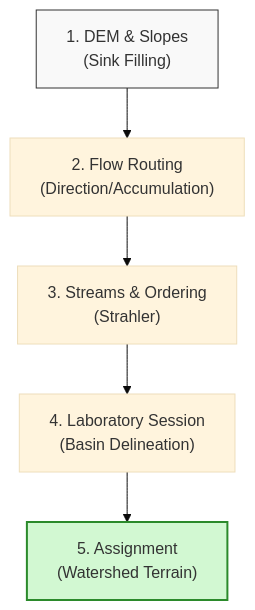
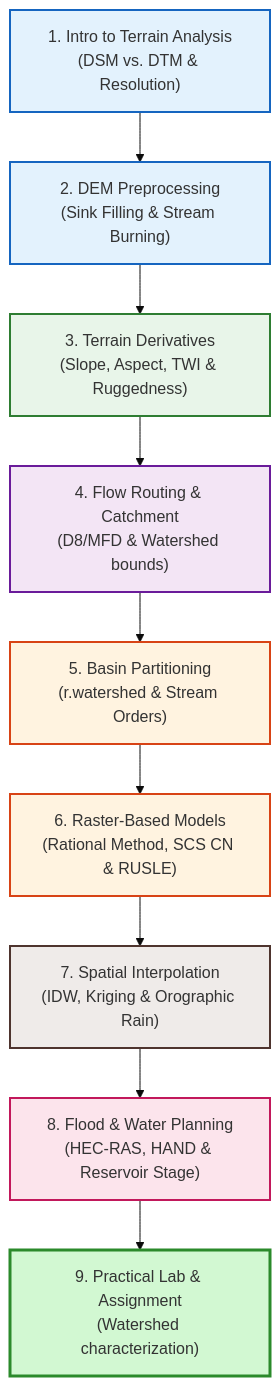
One commit to Rotten-Grapes-Pvt-Ltd/QGIS-WECS changed the diagram in docs/day4/index.md. Above: the diagram before and after it, drawn with Mermaid (base theme). The commit also changed other lines of this file and 12 other files, not shown here.

````diff
--- a/docs/day4/index.md
+++ b/docs/day4/index.md
@@ -26,10 +33,22 @@
 ```mermaid
 graph TD
-    A["1. DEM & Slopes<br/>(Sink Filling)"] --> B["2. Flow Routing<br/>(Direction/Accumulation)"]
-    B --> C["3. Streams & Ordering<br/>(Strahler)"]
-    C --> D["4. Laboratory Session<br/>(Basin Delineation)"]
-    D --> E["5. Assignment<br/>(Watershed Terrain)"]
-    
-    style A fill:#f9f9f9,stroke:#333
-    style E fill:#d2f8d2,stroke:#2b8a2b,stroke-width:2px
+    M1["1. Intro to Terrain Analysis<br/>(DSM vs. DTM & Resolution)"] --> M2["2. DEM Preprocessing<br/>(Sink Filling & Stream Burning)"]
+    M2 --> M3["3. Terrain Derivatives<br/>(Slope, Aspect, TWI & Ruggedness)"]
+    M3 --> M4["4. Flow Routing & Catchment<br/>(D8/MFD & Watershed bounds)"]
+    M4 --> M5["5. Basin Partitioning<br/>(r.watershed & Stream Orders)"]
+    M5 --> M6["6. Raster-Based Models<br/>(Rational Method, SCS CN & RUSLE)"]
+    M6 --> M7["7. Spatial Interpolation<br/>(IDW, Kriging & Orographic Rain)"]
+    M7 --> M8["8. Flood & Water Planning<br/>(HEC-RAS, HAND & Reservoir Stage)"]
+    M8 --> M9["9. Practical Lab & Assignment<br/>(Watershed characterization)"]
+
+    %% Premium styled flowchart nodes
+    style M1 fill:#e3f2fd,stroke:#1565c0,stroke-width:2px
+    style M2 fill:#e3f2fd,stroke:#1565c0,stroke-width:2px
+    style M3 fill:#e8f5e9,stroke:#2e7d32,stroke-width:2px
+    style M4 fill:#f3e5f5,stroke:#6a1b9a,stroke-width:2px
+    style M5 fill:#fff3e0,stroke:#d84315,stroke-width:2px
+    style M6 fill:#fff3e0,stroke:#d84315,stroke-width:2px
+    style M7 fill:#efebe9,stroke:#4e342e,stroke-width:2px
+    style M8 fill:#fce4ec,stroke:#c2185b,stroke-width:2px
+    style M9 fill:#d2f8d2,stroke:#2b8a2b,stroke-width:3px
 ```
````
